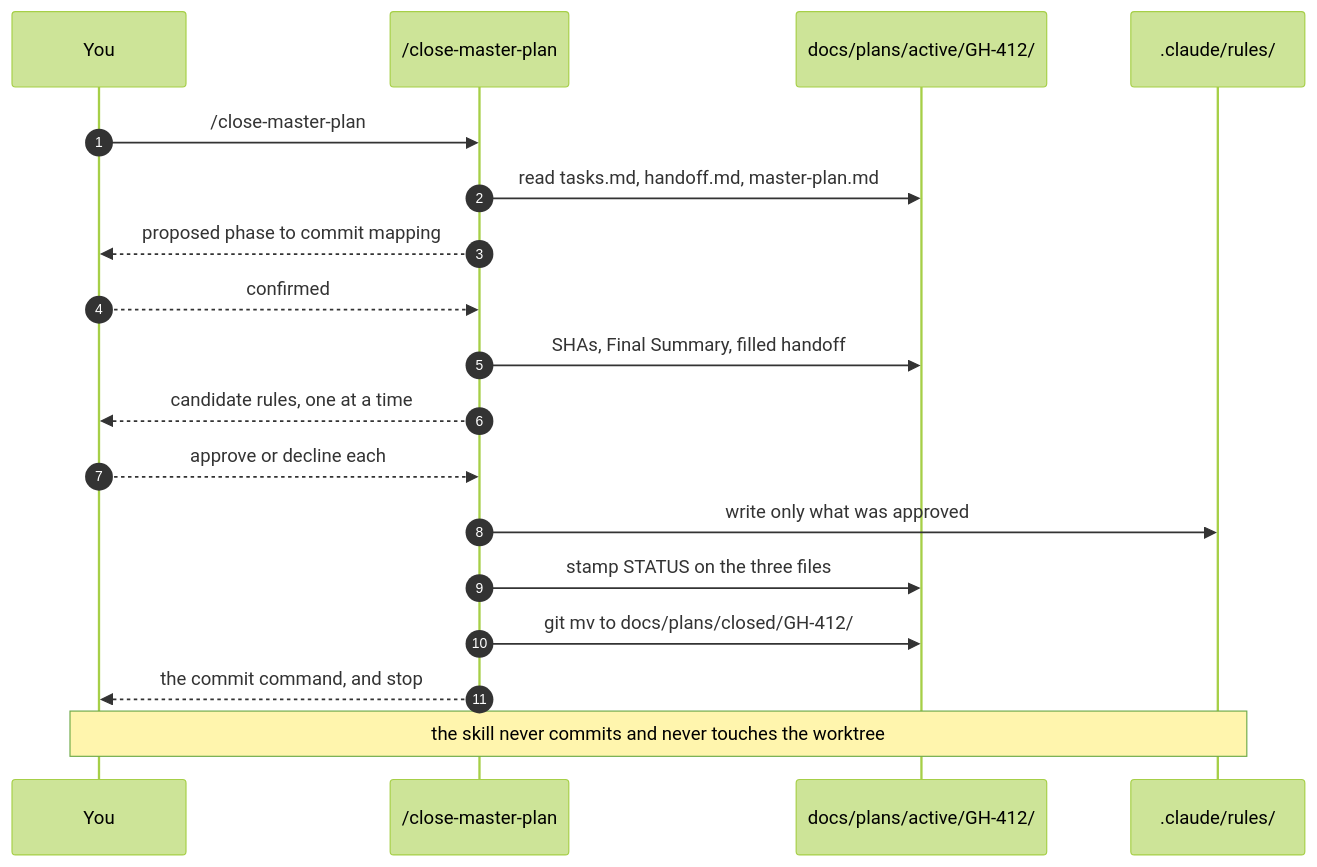
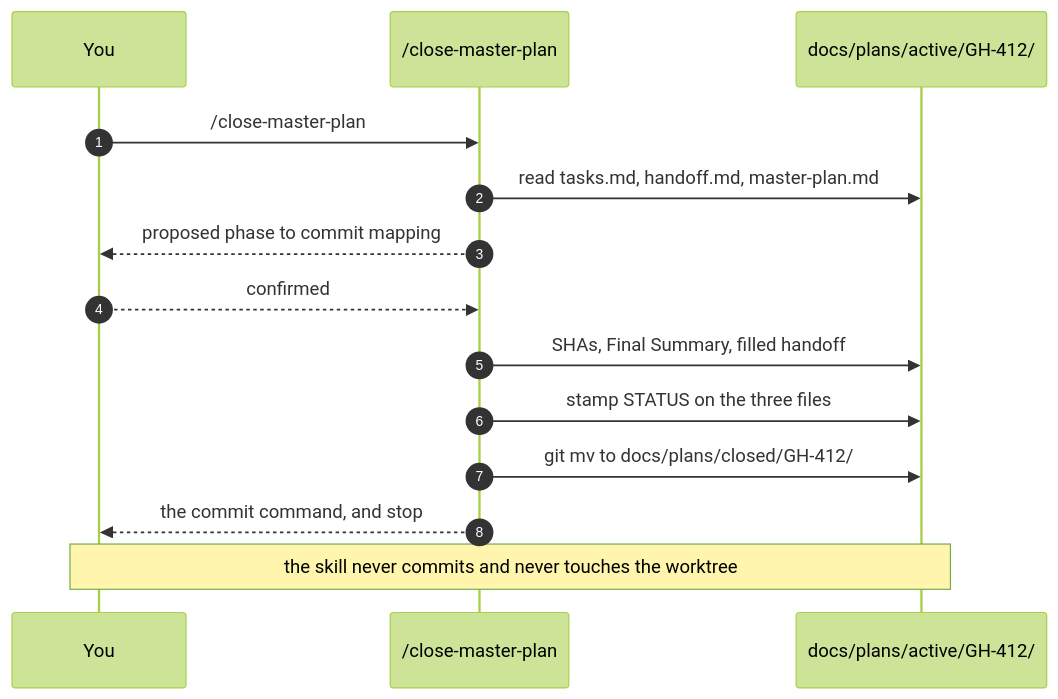
One commit to necofx/necofx-claude-marketplace changed diagram 13 of 13 in docs/master-plan-pack/TUTORIAL.md. Above: the diagram before and after it, drawn with Mermaid (forest theme). The commit also changed other lines of this file and 16 other files, not shown here.

First line of the commit message:
close-master-plan: drop the .claude/rules distillation step

````diff
--- a/docs/master-plan-pack/TUTORIAL.md
+++ b/docs/master-plan-pack/TUTORIAL.md
@@ -1014,21 +1009,17 @@
 ```mermaid
 sequenceDiagram
     autonumber
     participant U as You
     participant S as /close-master-plan
     participant F as docs/plans/active/GH-412/
-    participant R as .claude/rules/
 
     U->>S: /close-master-plan
     S->>F: read tasks.md, handoff.md, master-plan.md
     S-->>U: proposed phase to commit mapping
     U-->>S: confirmed
     S->>F: SHAs, Final Summary, filled handoff
-    S-->>U: candidate rules, one at a time
-    U-->>S: approve or decline each
-    S->>R: write only what was approved
     S->>F: stamp STATUS on the three files
     S->>F: git mv to docs/plans/closed/GH-412/
     S-->>U: the commit command, and stop
-    Note over U,R: the skill never commits and never touches the worktree
+    Note over U,F: the skill never commits and never touches the worktree
 ```
````
